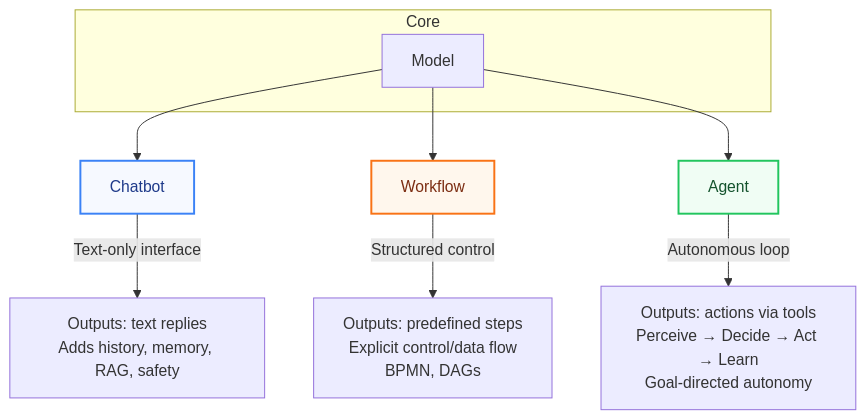
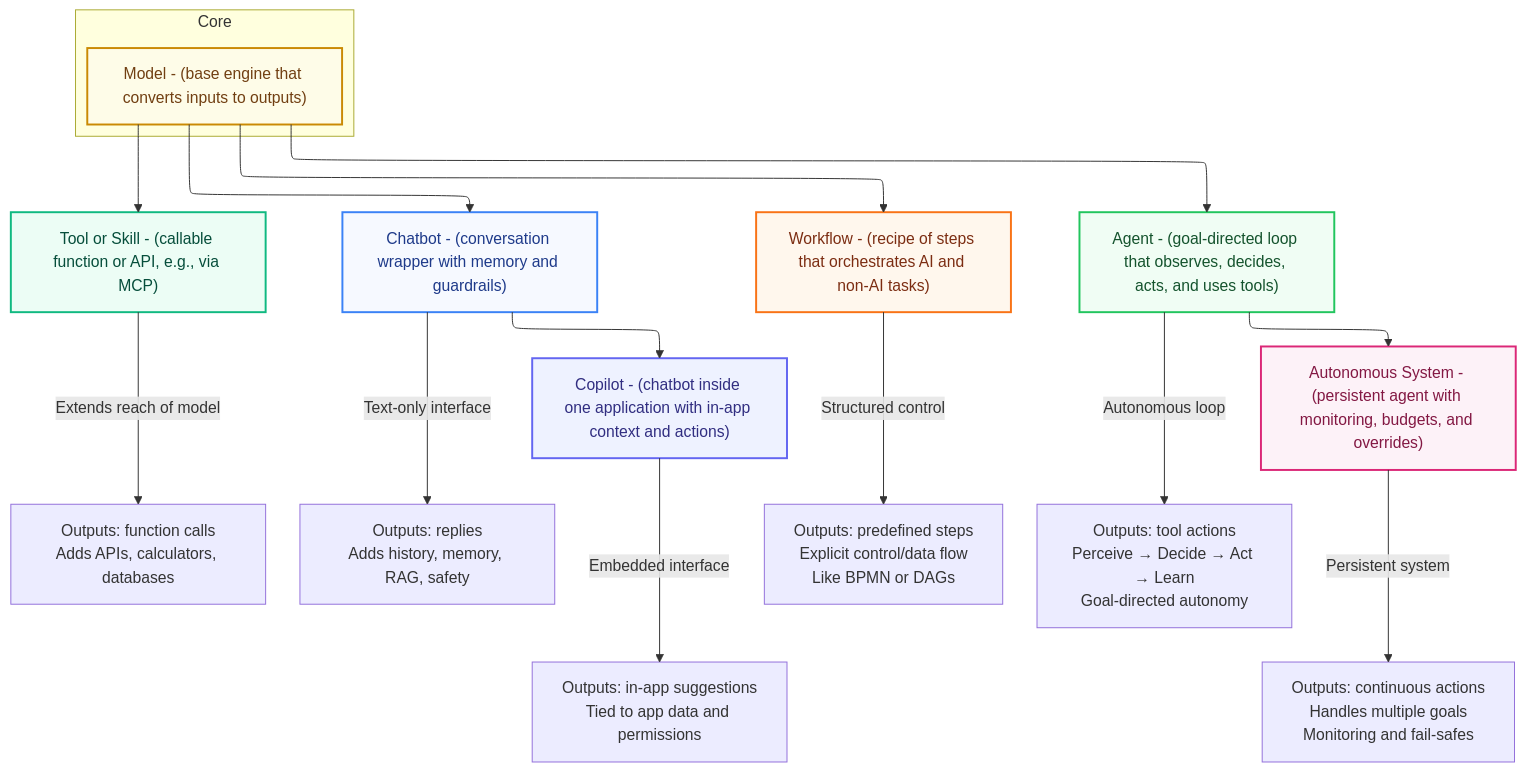
Before and after one commit to TedTschopp/tedt.org: the first of 9 diagrams in _posts/AI/2025-09-11-Model-vs-Chatbot-vs-Workflow-vs-Agent.md, drawn with Mermaid. The commit also changed other lines of this file, not shown here.

Commit message:
more mermaid

````diff
--- a/_posts/AI/2025-09-11-Model-vs-Chatbot-vs-Workflow-vs-Agent.md
+++ b/_posts/AI/2025-09-11-Model-vs-Chatbot-vs-Workflow-vs-Agent.md
@@ -95,30 +95,42 @@
 ```mermaid
+%%{ init: { "flowchart": { "defaultRenderer": "elk" } } }%%
+
 graph TD
 
-    subgraph Core
-        M[Model]
+    subgraph "Core"
+        M["Model - (base engine that converts inputs to outputs)"]
     end
 
-    M --> C[Chatbot]
-    M --> W[Workflow]
-    M --> A[Agent]
+    M --> T["Tool or Skill - (callable function or API, e.g., via MCP)"]
+    M --> C["Chatbot - (conversation wrapper with memory and guardrails)"]
+    M --> W["Workflow - (recipe of steps that orchestrates AI and non-AI tasks)"]
+    M --> A["Agent - (goal-directed loop that observes, decides, acts, and uses tools)"]
 
-    C:::chat
-    W:::flow
-    A:::agent
+    C --> CP["Copilot - (chatbot inside one application with in-app context and actions)"]
+    A --> AS["Autonomous System - (persistent agent with monitoring, budgets, and overrides)"]
 
+    %% Styling
+    classDef core fill:#fefce8,stroke:#ca8a04,stroke-width:2px,color:#713f12;
+    classDef tool fill:#ecfdf5,stroke:#10b981,stroke-width:2px,color:#064e3b;
     classDef chat fill:#f6f9ff,stroke:#3b82f6,stroke-width:2px,color:#1e3a8a;
     classDef flow fill:#fff7ed,stroke:#f97316,stroke-width:2px,color:#7c2d12;
     classDef agent fill:#f0fdf4,stroke:#22c55e,stroke-width:2px,color:#14532d;
+    classDef copilot fill:#eef2ff,stroke:#6366f1,stroke-width:2px,color:#312e81;
+    classDef system fill:#fdf2f8,stroke:#db2777,stroke-width:2px,color:#831843;
 
-    %% Notes
     M:::core
+    T:::tool
+    C:::chat
+    CP:::copilot
+    W:::flow
+    A:::agent
+    AS:::system
 
-
-
-    %% Labels
-    C -->|"Text-only interface"| CNote[Outputs: text replies<br/>Adds history, memory, RAG, safety]
-    W -->|"Structured control"| WNote[Outputs: predefined steps<br/>Explicit control/data flow<br/>BPMN, DAGs]
-    A -->|"Autonomous loop"| ANote[Outputs: actions via tools<br/>Perceive → Decide → Act → Learn<br/>Goal-directed autonomy]
-
+    %% Notes / Labels
+    T -->|"Extends reach of model"| TNote["Outputs: function calls<br/>Adds APIs, calculators, databases"]
+    C -->|"Text-only interface"| CNote["Outputs: replies<br/>Adds history, memory, RAG, safety"]
+    CP -->|"Embedded interface"| CPNote["Outputs: in-app suggestions<br/>Tied to app data and permissions"]
+    W -->|"Structured control"| WNote["Outputs: predefined steps<br/>Explicit control/data flow<br/>Like BPMN or DAGs"]
+    A -->|"Autonomous loop"| ANote["Outputs: tool actions<br/>Perceive → Decide → Act → Learn<br/>Goal-directed autonomy"]
+    AS -->|"Persistent system"| ASNote["Outputs: continuous actions<br/>Handles multiple goals<br/>Monitoring and fail-safes"]
 ```
````
